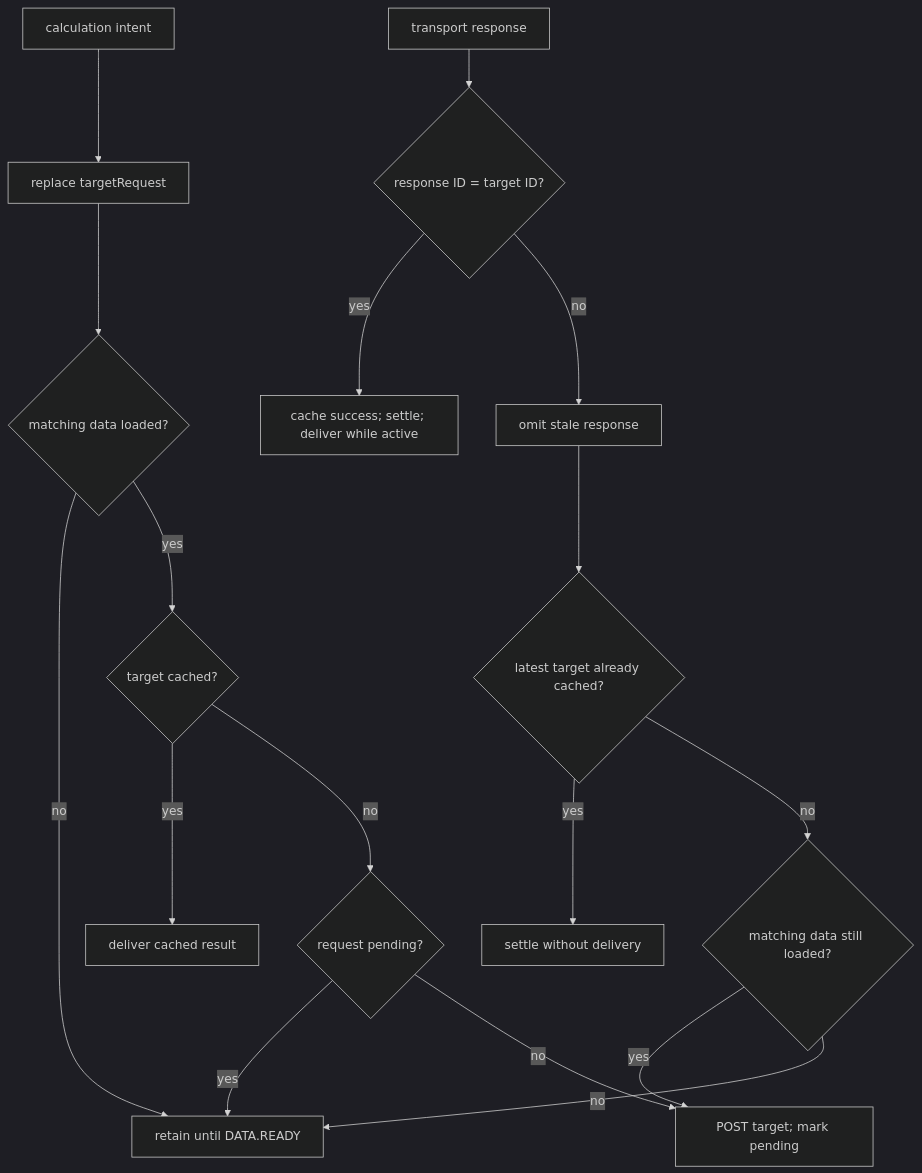
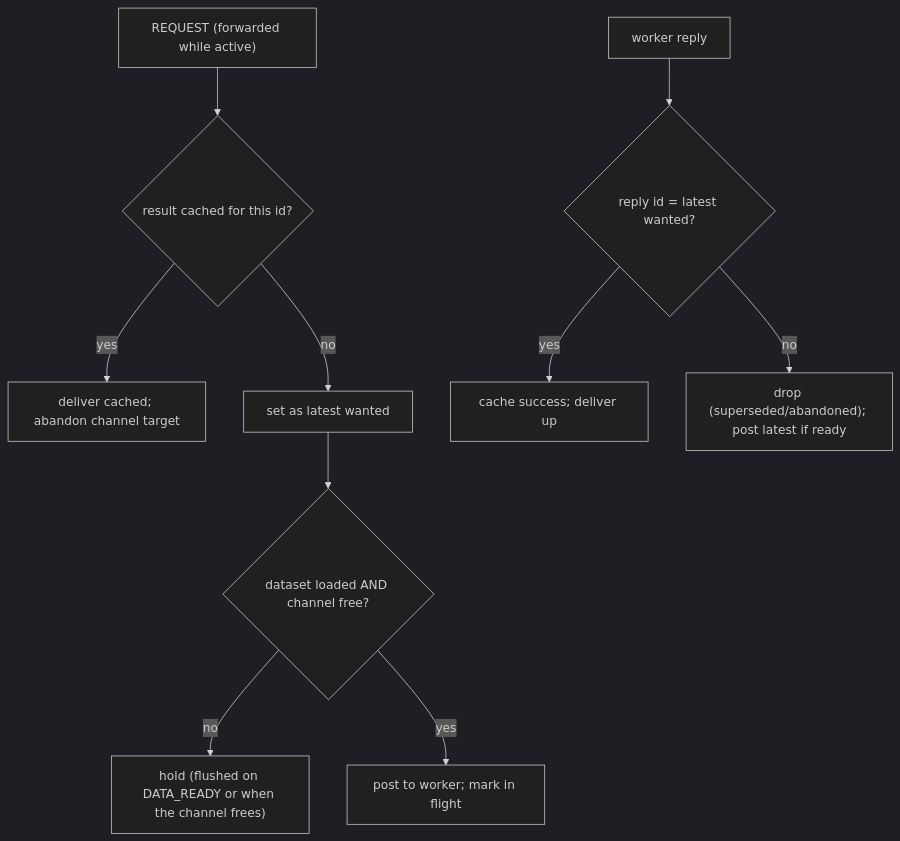
The sixth of 6 diagrams in docs/runtime-orchestration.md (Ahmed-Abdel-karim/plainsight), drawn with Mermaid (dark theme) before and after one commit. The commit also changed other lines of this file and 47 other files, not shown here.

````diff
--- a/docs/runtime-orchestration.md
+++ b/docs/runtime-orchestration.md
@@ -207,20 +220,13 @@
 ```mermaid
 flowchart TD
-  request["calculation intent"] --> target["replace targetRequest"]
-  target --> loaded{"matching data loaded?"}
-  loaded -- no --> hold["retain until DATA.READY"]
-  loaded -- yes --> cached{"target cached?"}
-  cached -- yes --> deliver["deliver cached result"]
-  cached -- no --> pending{"request pending?"}
-  pending -- yes --> hold
-  pending -- no --> post["POST target; mark pending"]
+  request["REQUEST (forwarded while active)"] --> cache{"result cached for this id?"}
+  cache -- yes --> deliver["deliver cached; abandon channel target"]
+  cache -- no --> latest["set as latest wanted"]
+  latest --> ready{"dataset loaded AND channel free?"}
+  ready -- no --> hold["hold (flushed on DATA_READY or when the channel frees)"]
+  ready -- yes --> post["post to worker; mark in flight"]
 
-  response["transport response"] --> current{"response ID = target ID?"}
-  current -- yes --> settle["cache success; settle; deliver while active"]
-  current -- no --> omit["omit stale response"]
-  omit --> latest{"latest target already cached?"}
-  latest -- yes --> idle["settle without delivery"]
-  latest -- no --> stillLoaded{"matching data still loaded?"}
-  stillLoaded -- yes --> post
-  stillLoaded -- no --> hold
+  response["worker reply"] --> match{"reply id = latest wanted?"}
+  match -- yes --> settle["cache success; deliver up"]
+  match -- no --> drop["drop (superseded/abandoned); post latest if ready"]
 ```
````
